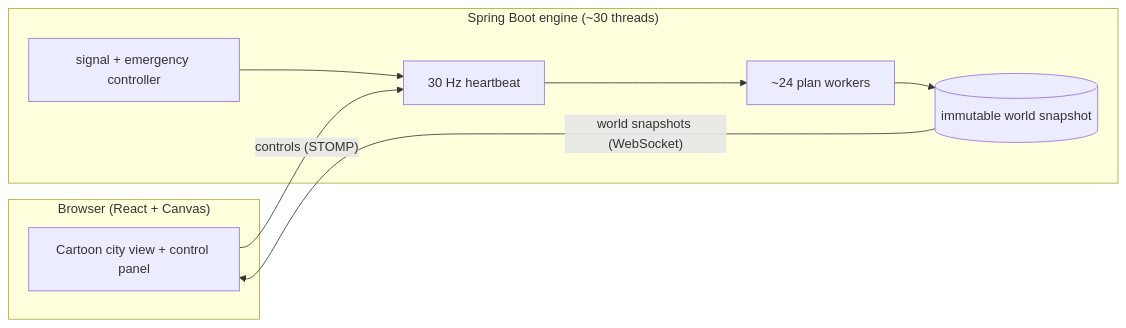
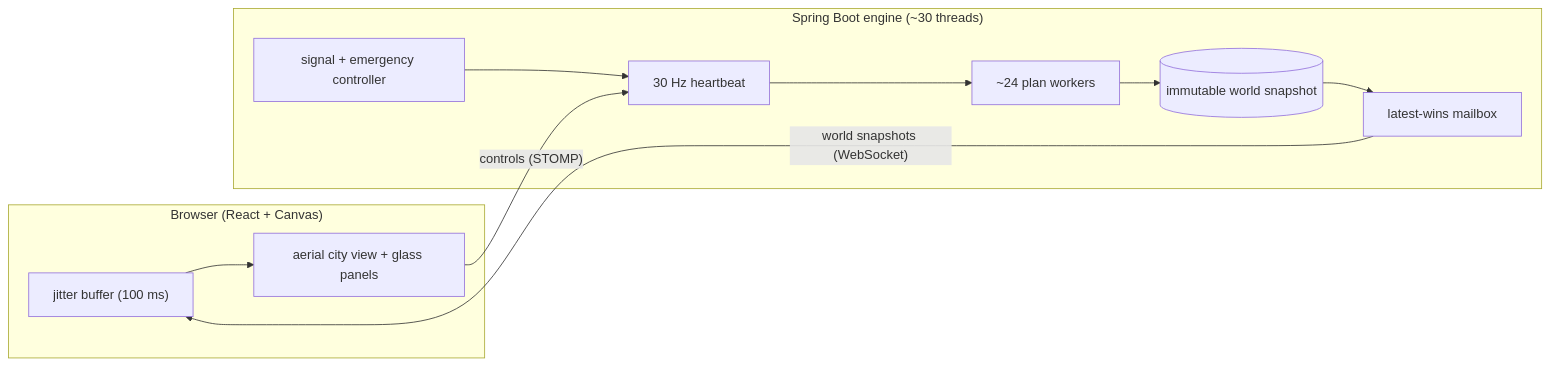
Before and after one commit to khangpt2k6/UrbanFlow: the diagram in README.md, drawn with Mermaid. The commit also changed other lines of this file and 8 other files, not shown here.

````diff
--- a/README.md
+++ b/README.md
@@ -77,16 +87,20 @@
 ```mermaid
 flowchart LR
     subgraph Browser["Browser (React + Canvas)"]
-        UI["Cartoon city view + control panel"]
+        Buf["jitter buffer (100 ms)"]
+        UI["aerial city view + glass panels"]
+        Buf --> UI
     end
     subgraph Engine["Spring Boot engine (~30 threads)"]
         Loop["30 Hz heartbeat"]
         Workers["~24 plan workers"]
         Snap[("immutable world snapshot")]
         Signals["signal + emergency controller"]
+        Box["latest-wins mailbox"]
     end
     UI -- "controls (STOMP)" --> Loop
     Loop --> Workers --> Snap
     Signals --> Loop
-    Snap -- "world snapshots (WebSocket)" --> UI
+    Snap --> Box
+    Box -- "world snapshots (WebSocket)" --> Buf
 ```
````
